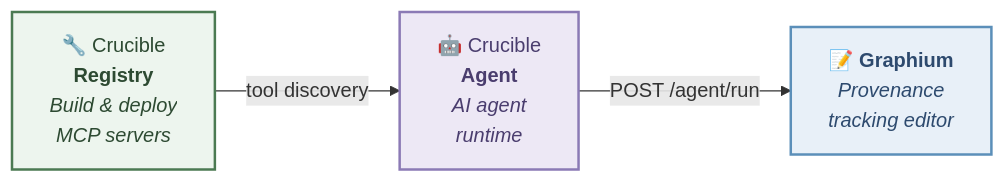
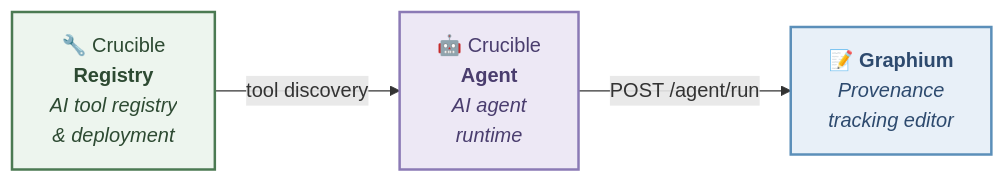
Before and after one commit to kumagallium/Crucible: the second of 2 diagrams in README.md, drawn with Mermaid. The commit also changed other lines of this file and 1 other file, not shown here.

First line of the commit message:
[docs] Update READMEs to reflect 3-layer tool model

````diff
--- a/README.md
+++ b/README.md
@@ -190,13 +207,13 @@
 ```mermaid
 graph LR
-    Registry["🔧 Crucible<br/><b>Registry</b><br/><i>Build & deploy<br/>MCP servers</i>"]
+    Registry["🔧 Crucible<br/><b>Registry</b><br/><i>AI tool registry<br/>& deployment</i>"]
     Agent["🤖 Crucible<br/><b>Agent</b><br/><i>AI agent<br/>runtime</i>"]
     Graphium["📝 <b>Graphium</b><br/><i>Provenance<br/>tracking editor</i>"]
 
     Registry -- "tool discovery" --> Agent
     Agent -- "POST /agent/run" --> Graphium
 
     style Registry fill:#edf5ee,stroke:#4B7A52,stroke-width:2px,color:#2d4a32
     style Agent fill:#ede8f5,stroke:#8b7ab5,stroke-width:2px,color:#4a3d6e
     style Graphium fill:#e8f0f8,stroke:#5b8fb9,stroke-width:2px,color:#2d4a6e
 ```
````
